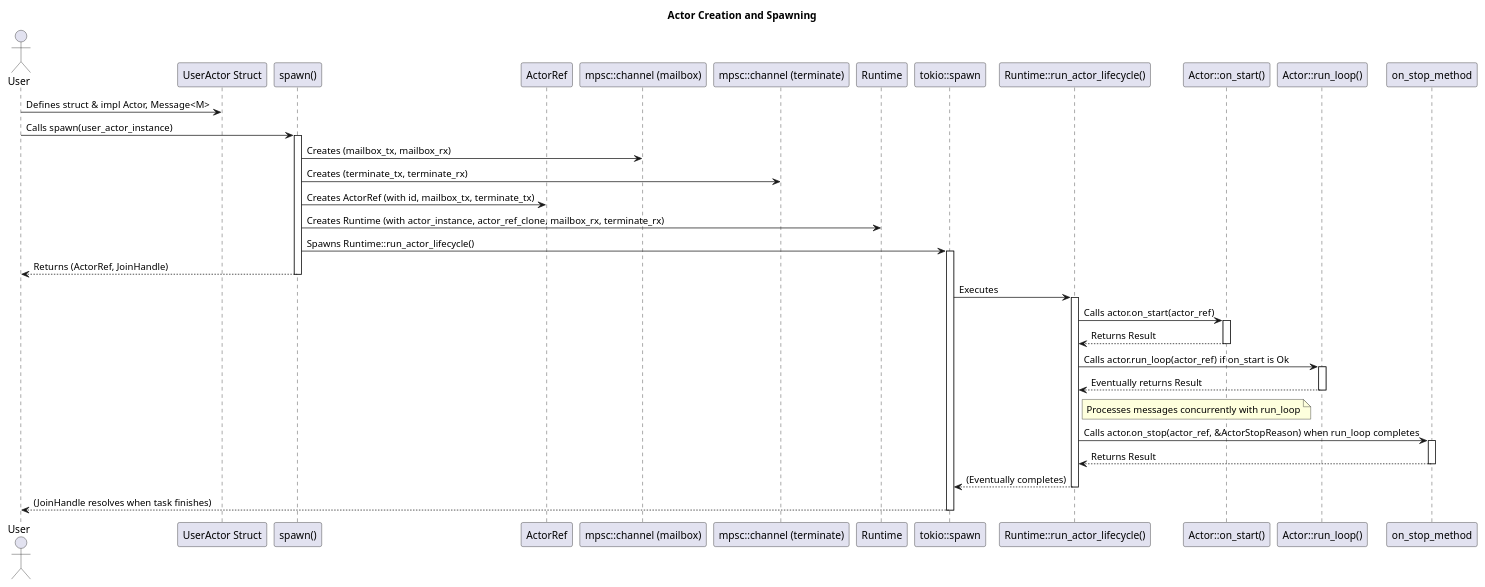
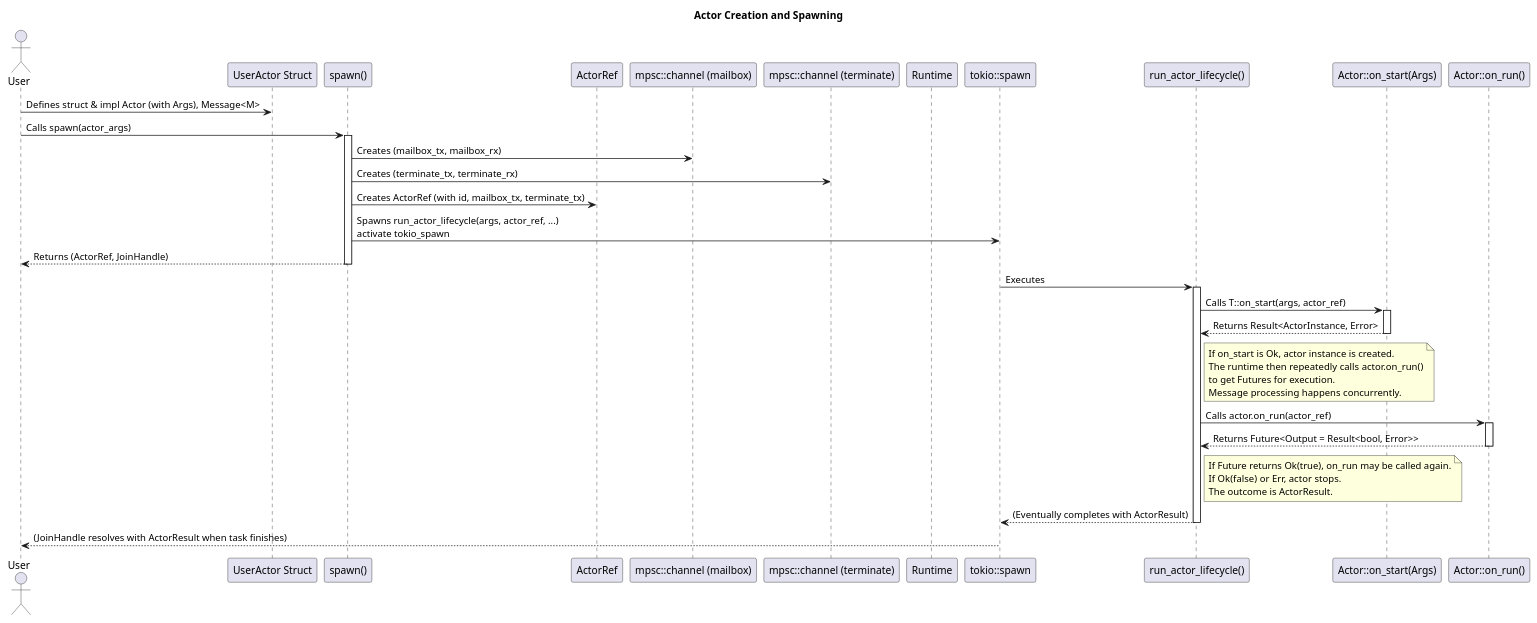
The diagram in docs/creation.puml (hiking90/rsactor), drawn with PlantUML before and after one commit. The commit also changed 14 other files, not shown here.

```diff
--- a/docs/creation.puml
+++ b/docs/creation.puml
@@ -1,51 +1,55 @@
 @startuml Actor Creation and Spawning
 title Actor Creation and Spawning
 
 actor User
 participant "UserActor Struct" as UserActor
 participant "spawn()" as spawn_func
 participant "ActorRef" as ActorRef_type
 participant "mpsc::channel (mailbox)" as MailboxChannel
 participant "mpsc::channel (terminate)" as TerminateChannel
 participant "Runtime" as Runtime_type
 participant "tokio::spawn" as tokio_spawn
-participant "Runtime::run_actor_lifecycle()" as run_lifecycle
-participant "Actor::on_start()" as on_start_method
-participant "Actor::run_loop()" as run_loop_method
+participant "run_actor_lifecycle()" as run_lifecycle
+participant "Actor::on_start(Args)" as on_start_method
+participant "Actor::on_run()" as on_run_method
 
-User -> UserActor: Defines struct & impl Actor, Message<M>
-User -> spawn_func: Calls spawn(user_actor_instance)
+User -> UserActor: Defines struct & impl Actor (with Args), Message<M>
+User -> spawn_func: Calls spawn(actor_args)
 activate spawn_func
 
 spawn_func -> MailboxChannel: Creates (mailbox_tx, mailbox_rx)
 spawn_func -> TerminateChannel: Creates (terminate_tx, terminate_rx)
 spawn_func -> ActorRef_type: Creates ActorRef (with id, mailbox_tx, terminate_tx)
-spawn_func -> Runtime_type: Creates Runtime (with actor_instance, actor_ref_clone, mailbox_rx, terminate_rx)
-spawn_func -> tokio_spawn: Spawns Runtime::run_actor_lifecycle()
-activate tokio_spawn
+spawn_func -> tokio_spawn: Spawns run_actor_lifecycle(args, actor_ref, ...)\nactivate tokio_spawn
 spawn_func --> User: Returns (ActorRef, JoinHandle)
 deactivate spawn_func
 
 tokio_spawn -> run_lifecycle: Executes
 activate run_lifecycle
-run_lifecycle -> on_start_method: Calls actor.on_start(actor_ref)
+run_lifecycle -> on_start_method: Calls T::on_start(args, actor_ref)
 activate on_start_method
-on_start_method --> run_lifecycle: Returns Result
+on_start_method --> run_lifecycle: Returns Result<ActorInstance, Error>
 deactivate on_start_method
-run_lifecycle -> run_loop_method: Calls actor.run_loop(actor_ref) if on_start is Ok
-activate run_loop_method
-run_loop_method --> run_lifecycle: Eventually returns Result
-deactivate run_loop_method
-note right of run_lifecycle: Processes messages concurrently with run_loop
 
-run_lifecycle -> on_stop_method: Calls actor.on_stop(actor_ref, &ActorStopReason) when run_loop completes
-activate on_stop_method
-on_stop_method --> run_lifecycle: Returns Result
-deactivate on_stop_method
+note right of run_lifecycle
+  If on_start is Ok, actor instance is created.
+  The runtime then repeatedly calls actor.on_run()
+  to get Futures for execution.
+  Message processing happens concurrently.
+end note
+run_lifecycle -> on_run_method: Calls actor.on_run(actor_ref)
+activate on_run_method
+on_run_method --> run_lifecycle: Returns Future<Output = Result<bool, Error>>
+deactivate on_run_method
+note right of run_lifecycle
+  If Future returns Ok(true), on_run may be called again.
+  If Ok(false) or Err, actor stops.
+  The outcome is ActorResult.
+end note
 
-run_lifecycle --> tokio_spawn: (Eventually completes)
+run_lifecycle --> tokio_spawn: (Eventually completes with ActorResult)
 deactivate run_lifecycle
-tokio_spawn --> User: (JoinHandle resolves when task finishes)
+tokio_spawn --> User: (JoinHandle resolves with ActorResult when task finishes)
 deactivate tokio_spawn
 
 @enduml
```
